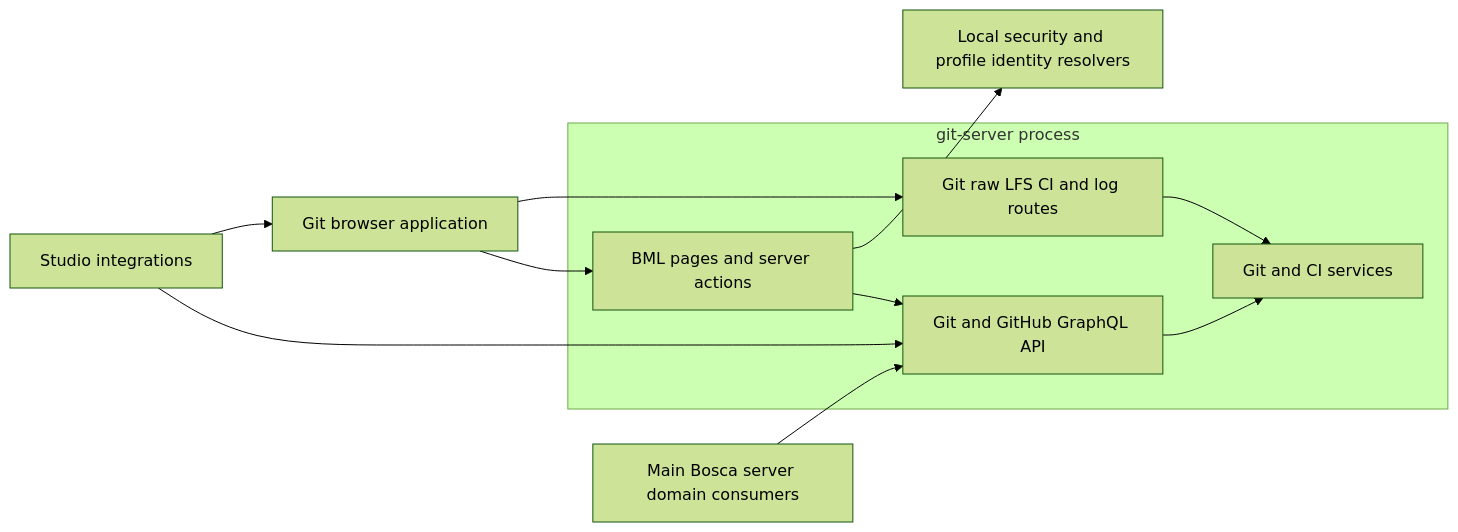
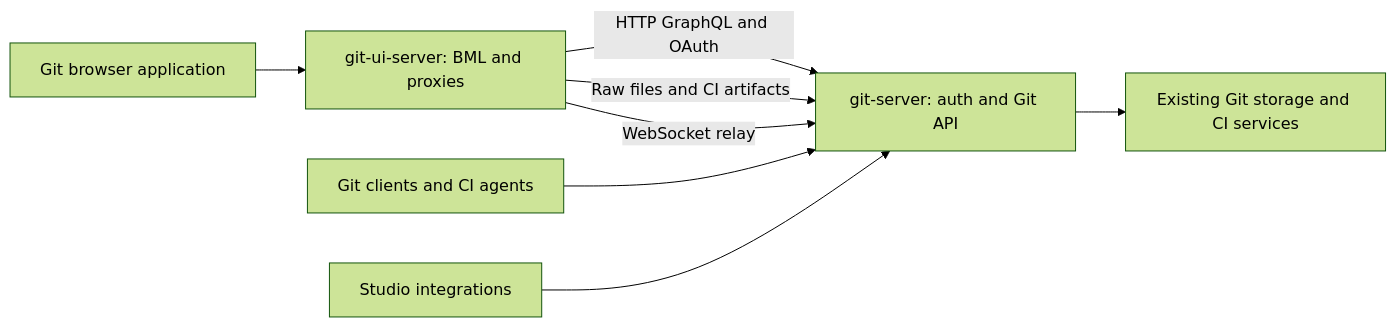
Before and after one commit to bosca-io/bosca: the diagram in specs/git/bml-git-application-spec.md, drawn with Mermaid (forest theme). The commit also changed other lines of this file and 35 other files, not shown here.

Commit message:
refactor(git): separate BML host and restore HTTP GraphQL

````diff
--- a/specs/git/bml-git-application-spec.md
+++ b/specs/git/bml-git-application-spec.md
@@ -156,14 +156,10 @@
 ```mermaid
 flowchart LR
-    Browser[Git browser application] --> BML
-    Browser --> Transport
-    subgraph GitServer[git-server process]
-        BML[BML pages and server actions] --> API[Git and GitHub GraphQL API]
-        Transport[Git raw LFS CI and log routes] --> Domain[Git and CI services]
-        API --> Domain
-    end
-    Main[Main Bosca server domain consumers] --> API
-    BML --> Identity[Local security and profile identity resolvers]
+    Browser[Git browser application] --> UI[git-ui-server: BML and proxies]
+    UI -->|HTTP GraphQL and OAuth| API[git-server: auth and Git API]
+    UI -->|Raw files and CI artifacts| API
+    UI -->|WebSocket relay| API
+    Git[Git clients and CI agents] --> API
+    API --> Storage[Existing Git storage and CI services]
     Studio[Studio integrations] --> API
-    Studio --> Browser
 ```
````
